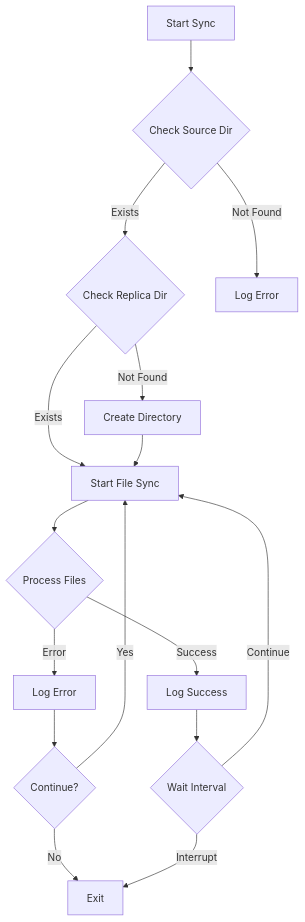
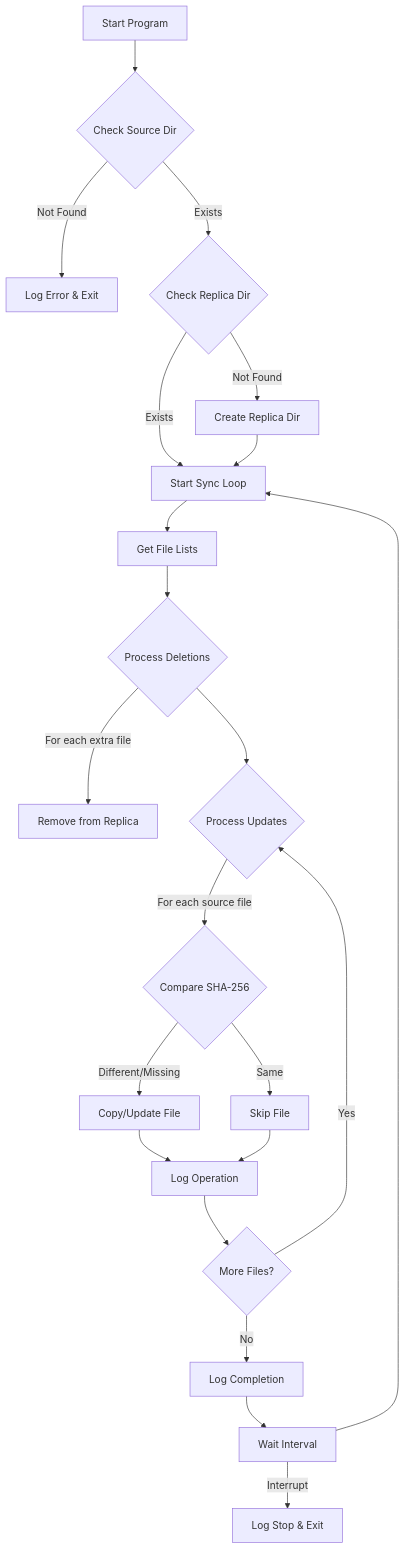
The diagram in docs/flow-chart.mermaid.md (mhanifiisik/dir-sync), drawn with Mermaid before and after one commit.

Commit message:
doc: update flowchart

````diff
--- a/docs/flow-chart.mermaid.md
+++ b/docs/flow-chart.mermaid.md
@@ -1,18 +1,24 @@
 ```mermaid
 flowchart TD
-A[Start Sync] --> B{Check Source Dir}
-B -->|Exists| C{Check Replica Dir}
-B -->|Not Found| E[Log Error]
-C -->|Exists| D[Start File Sync]
-C -->|Not Found| F[Create Directory]
-F --> D
-D --> G{Process Files}
-G -->|Success| H[Log Success]
-G -->|Error| I[Log Error]
-I --> J{Continue?}
-J -->|Yes| D
-J -->|No| K[Exit]
-H --> L{Wait Interval}
-L -->|Continue| D
-L -->|Interrupt| K
+    A[Start Program] --> B{Check Source Dir}
+    B -->|Not Found| C[Log Error & Exit]
+    B -->|Exists| D{Check Replica Dir}
+    D -->|Not Found| E[Create Replica Dir]
+    D -->|Exists| F[Start Sync Loop]
+    E --> F
+    F --> G[Get File Lists]
+    G --> H{Process Deletions}
+    H -->|For each extra file| I[Remove from Replica]
+    H --> J{Process Updates}
+    J -->|For each source file| K{Compare SHA-256}
+    K -->|Different/Missing| L[Copy/Update File]
+    K -->|Same| M[Skip File]
+    L --> N[Log Operation]
+    M --> N
+    N --> O{More Files?}
+    O -->|Yes| J
+    O -->|No| P[Log Completion]
+    P --> Q[Wait Interval]
+    Q --> F
+    Q -->|Interrupt| R[Log Stop & Exit]
 ```
````
